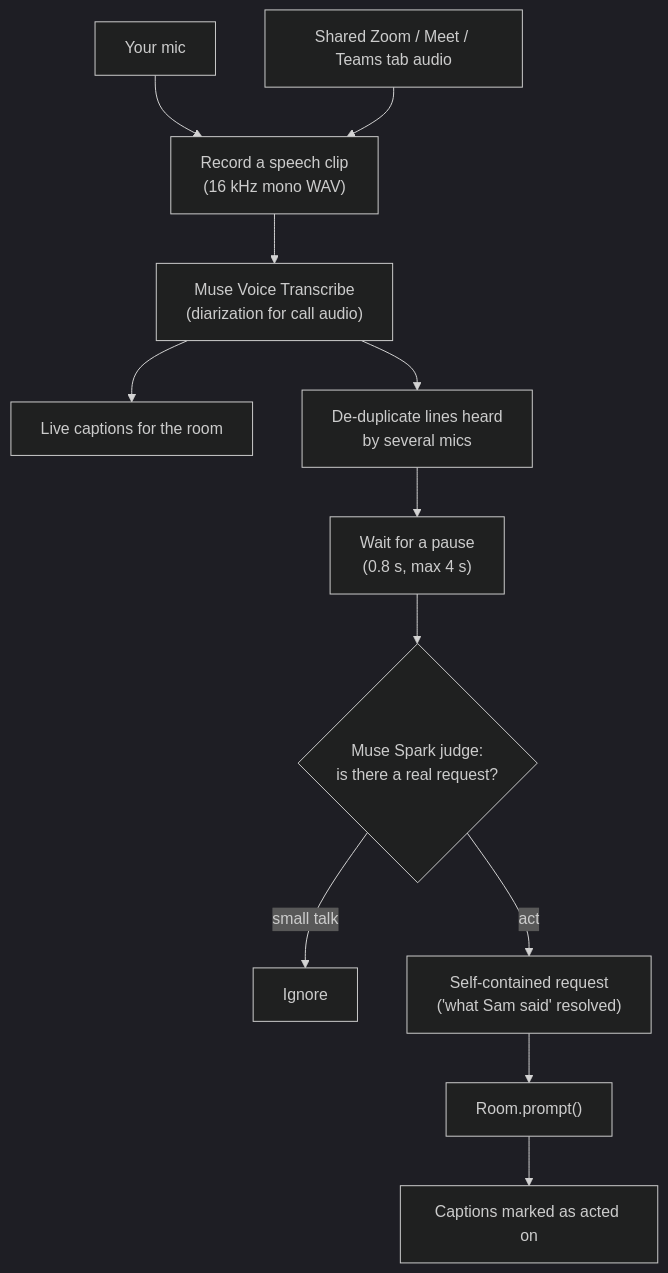
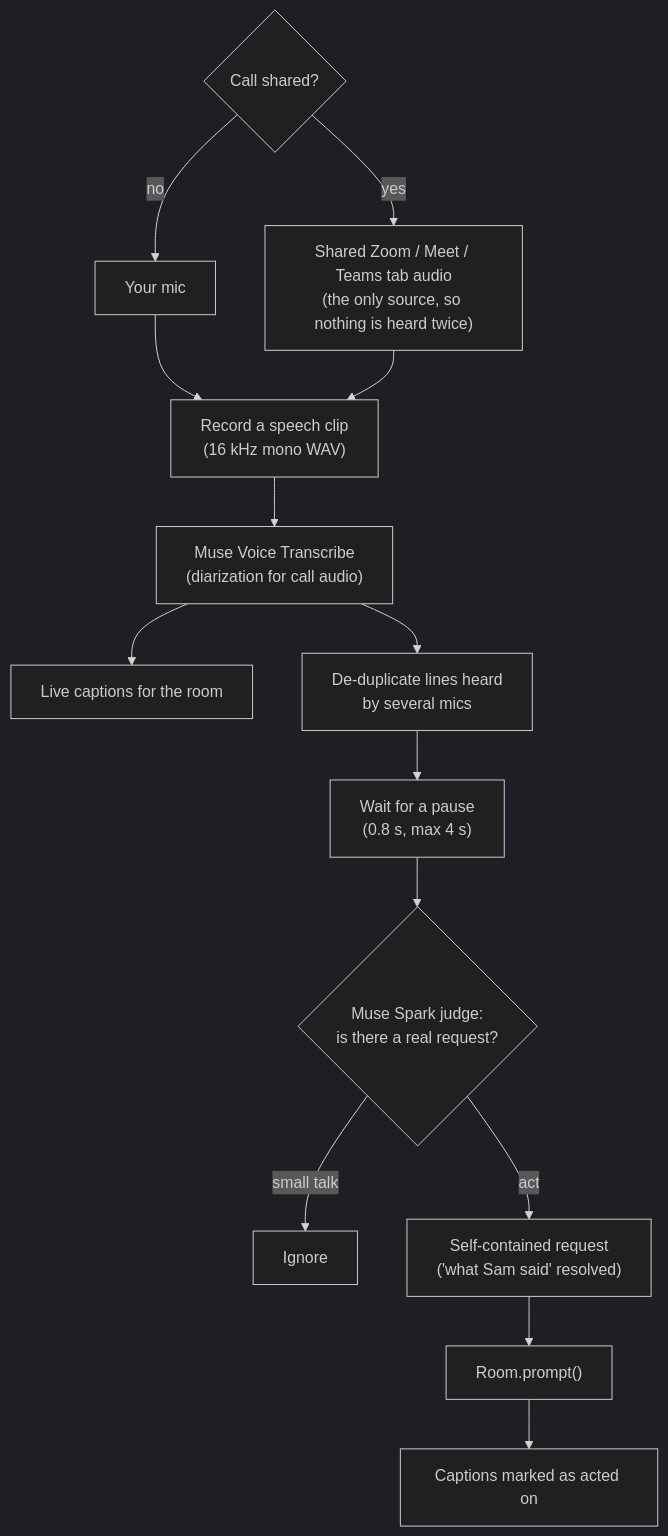
The third of 7 diagrams in README.md (VyomDW/HackTX26), drawn with Mermaid (dark theme) before and after one commit. The commit also changed other lines of this file and 2 other files, not shown here.

Commit message:
Update README for landing page, accounts, node cursor, call-only listen, research and Render deploy

````diff
--- a/README.md
+++ b/README.md
@@ -168,14 +173,16 @@
 ```mermaid
 flowchart TD
-    M1["Your mic"] --> R["Record a speech clip<br/>(16 kHz mono WAV)"]
-    M2["Shared Zoom / Meet / Teams tab audio"] --> R
+    S{"Call shared?"} -- no --> M1["Your mic"]
+    S -- yes --> M2["Shared Zoom / Meet / Teams tab audio<br/>(the only source, so nothing is heard twice)"]
+    M1 --> R["Record a speech clip<br/>(16 kHz mono WAV)"]
+    M2 --> R
     R --> T["Muse Voice Transcribe<br/>(diarization for call audio)"]
     T --> CAP["Live captions for the room"]
     T --> DE["De-duplicate lines heard<br/>by several mics"]
     DE --> W["Wait for a pause<br/>(0.8 s, max 4 s)"]
     W --> J{"Muse Spark judge:<br/>is there a real request?"}
     J -- "small talk" --> IGN["Ignore"]
     J -- "act" --> P["Self-contained request<br/>('what Sam said' resolved)"]
     P --> ROOM["Room.prompt()"]
     ROOM --> MARK["Captions marked as acted on"]
 ```
````
